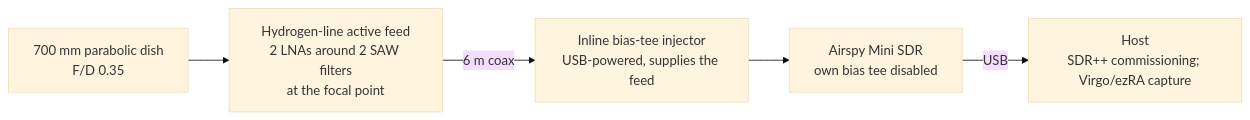
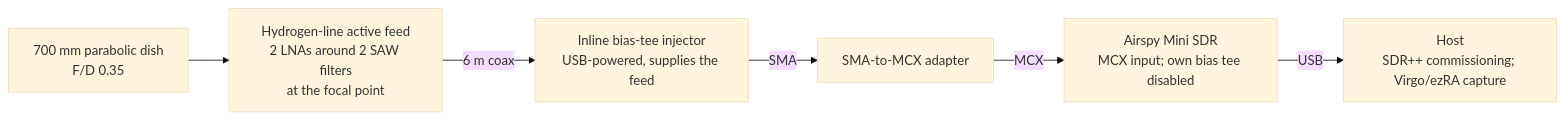
Before and after one commit to joebarbere/jansky-research: the diagram in station/hydrogen-line-receiver.md, drawn with Mermaid (base theme). The commit also changed other lines of this file, not shown here.

Commit message:
docs(station): note the SMA-to-MCX adapter ahead of the Airspy Mini
The Airspy Mini's antenna port is MCX while the feed and bias-tee injector
are SMA, so a single SMA-to-MCX adapter belongs just ahead of the SDR. Add it
to the signal-chain diagram and mention it in "why these parts".

````diff
--- a/station/hydrogen-line-receiver.md
+++ b/station/hydrogen-line-receiver.md
@@ -9,9 +9,10 @@
 ```mermaid
 flowchart LR
     DISH["700 mm parabolic dish<br/>F/D 0.35"]
     FEED["Hydrogen-line active feed<br/>2 LNAs around 2 SAW filters<br/>at the focal point"]
     INJ["Inline bias-tee injector<br/>USB-powered, supplies the feed"]
-    SDR["Airspy Mini SDR<br/>own bias tee disabled"]
+    ADP["SMA-to-MCX adapter"]
+    SDR["Airspy Mini SDR<br/>MCX input; own bias tee disabled"]
     HOST["Host<br/>SDR++ commissioning; Virgo/ezRA capture"]
-    DISH --> FEED -->|6 m coax| INJ --> SDR -->|USB| HOST
+    DISH --> FEED -->|6 m coax| INJ -->|SMA| ADP -->|MCX| SDR -->|USB| HOST
 ```
````
